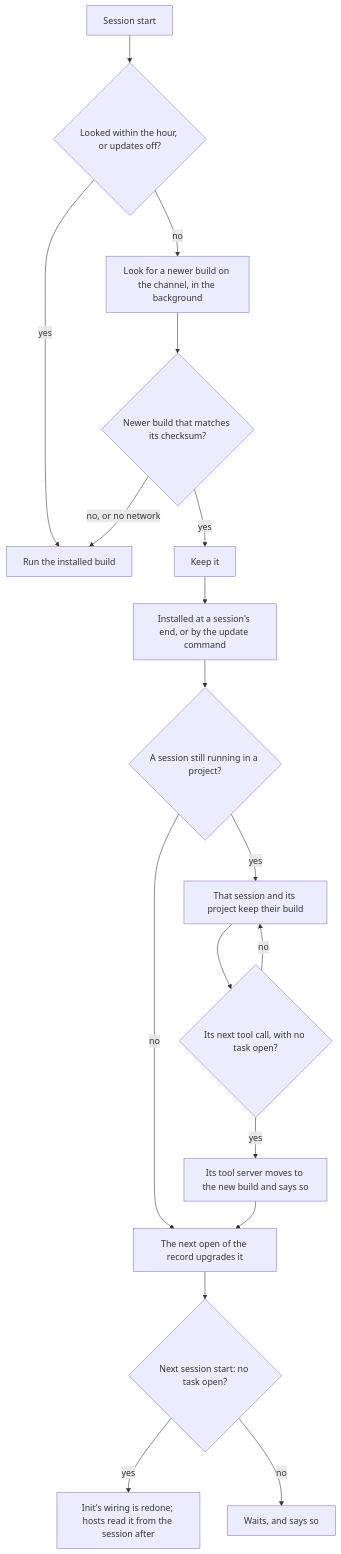
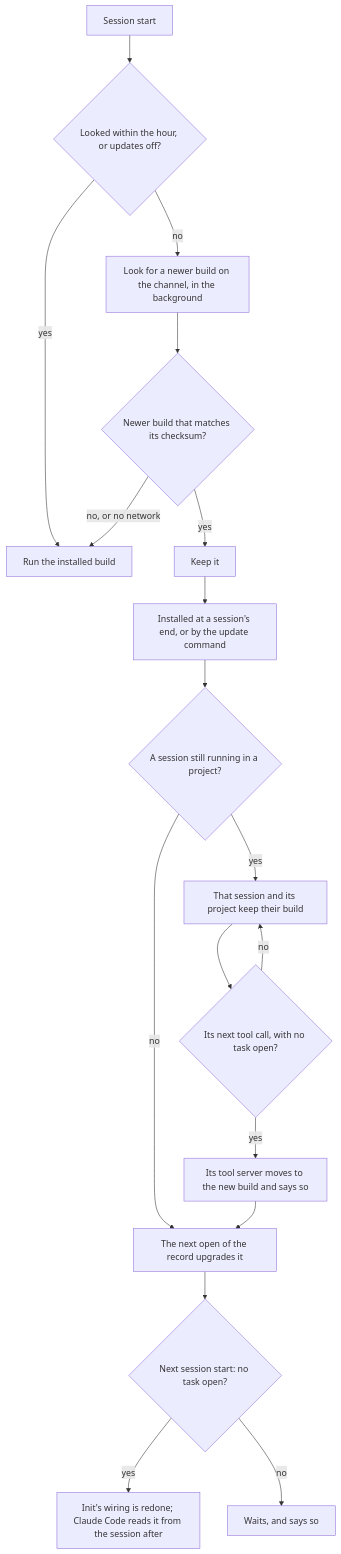
The second of 3 diagrams in docs/flows/1_INSTALL.md (trustmybot/tmb), drawn with Mermaid before and after one commit. The commit also changed other lines of this file and 14 other files, not shown here.

Commit message:
📝 docs: flows, adapters, engine, roles and release pages follow the template; several-hosts design removed

````diff
--- a/docs/flows/1_INSTALL.md
+++ b/docs/flows/1_INSTALL.md
@@ -119,20 +130,20 @@
 ```mermaid
 flowchart TD
-    A[Session start] --> B{Looked within the hour, or updates off?}
-    B -- yes --> R[Run the installed build]
-    B -- no --> C[Look for a newer build on the channel, in the background]
-    C --> D{Newer build that matches its checksum?}
+    A["Session start"] --> B{"Looked within the hour, or updates off?"}
+    B -- yes --> R["Run the installed build"]
+    B -- no --> C["Look for a newer build on the channel, in the background"]
+    C --> D{"Newer build that matches its checksum?"}
     D -- "no, or no network" --> R
-    D -- yes --> E[Keep it]
-    E --> F[Installed at a session's end, or by the update command]
-    F --> G{A session still running in a project?}
-    G -- no --> K[The next open of the record upgrades it]
-    G -- yes --> H[That session and its project keep their build]
-    H --> I{Its next tool call, with no task open?}
+    D -- yes --> E["Keep it"]
+    E --> F["Installed at a session's end, or by the update command"]
+    F --> G{"A session still running in a project?"}
+    G -- no --> K["The next open of the record upgrades it"]
+    G -- yes --> H["That session and its project keep their build"]
+    H --> I{"Its next tool call, with no task open?"}
     I -- no --> H
-    I -- yes --> J[Its tool server moves to the new build and says so]
+    I -- yes --> J["Its tool server moves to the new build and says so"]
     J --> K
-    K --> L{Next session start: no task open?}
-    L -- yes --> M[Init's wiring is redone; hosts read it from the session after]
-    L -- no --> N[Waits, and says so]
+    K --> L{"Next session start: no task open?"}
+    L -- yes --> M["Init's wiring is redone; Claude Code reads it from the session after"]
+    L -- no --> N["Waits, and says so"]
 ```
````
